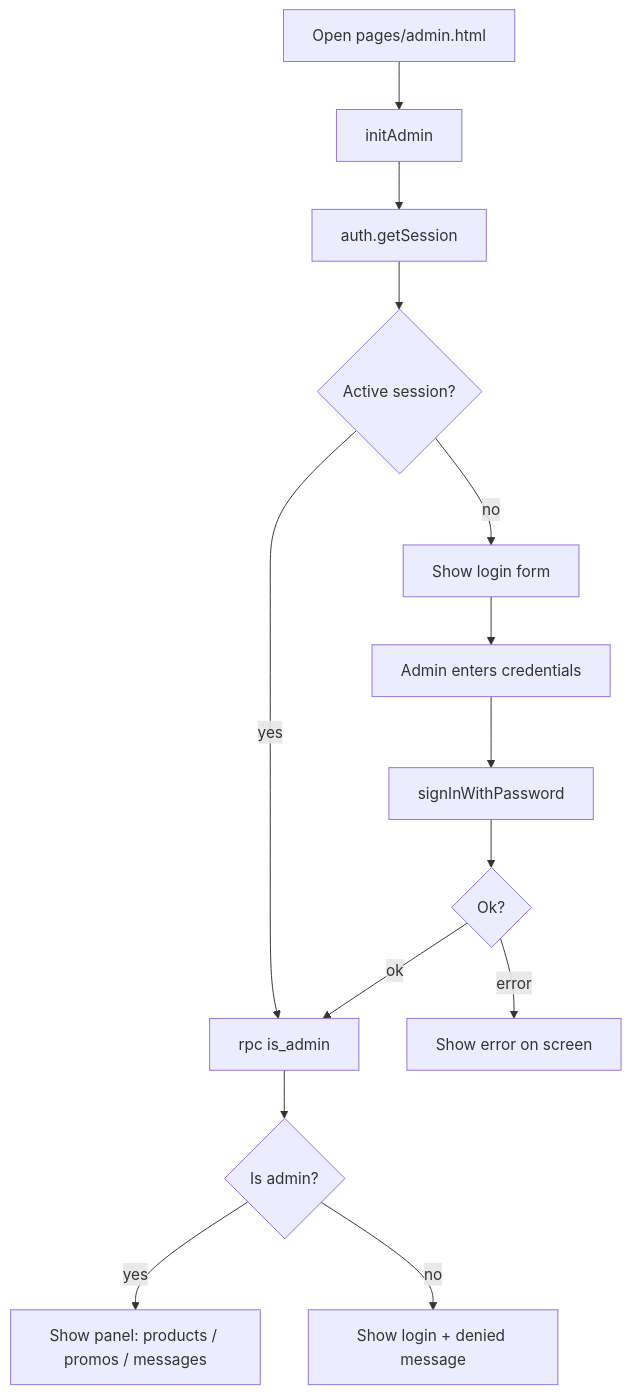
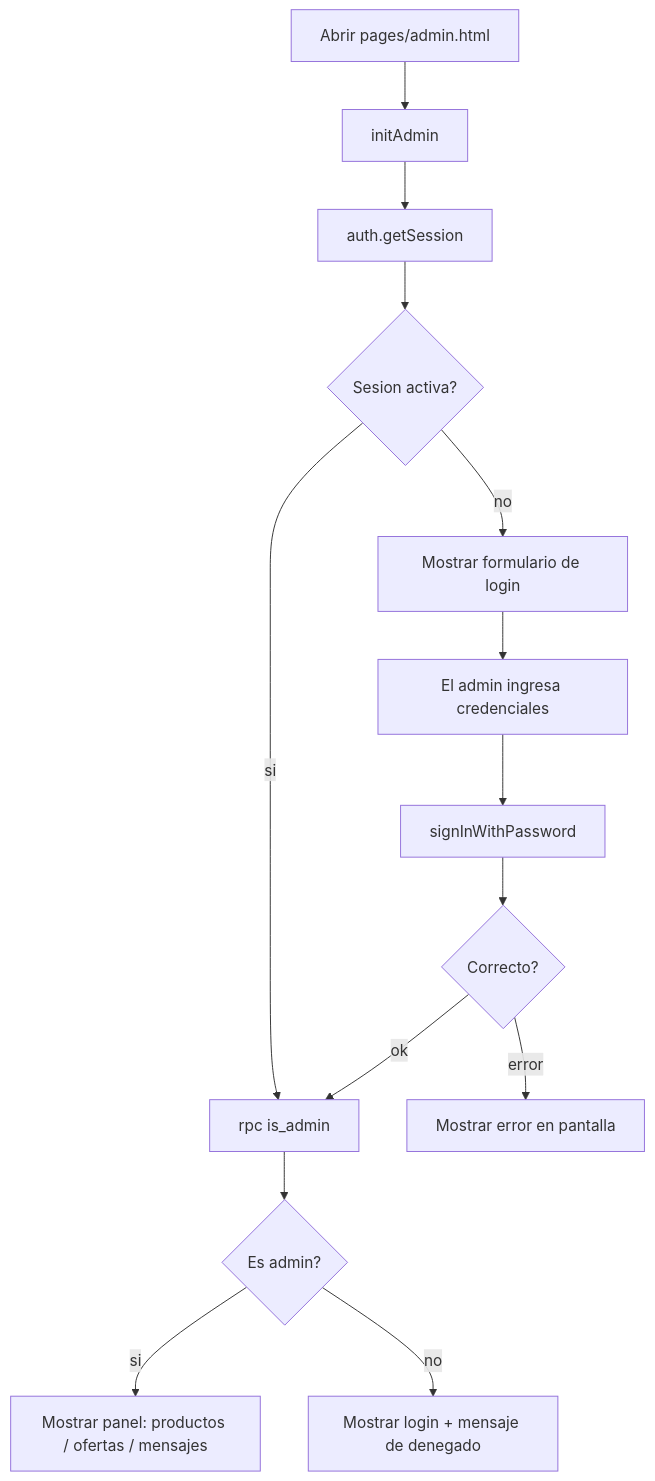
The second of 7 diagrams in docs/diagrams.md (lacp130688-cpu/lasolutions-website), drawn with Mermaid before and after one commit. The commit also changed other lines of this file, not shown here.

First line of the commit message:
docs: diagramas de arquitectura en espanol

````diff
--- a/docs/diagrams.md
+++ b/docs/diagrams.md
@@ -72,16 +72,16 @@
 ```mermaid
 flowchart TD
-  A[Open pages/admin.html] --> B[initAdmin]
+  A[Abrir pages/admin.html] --> B[initAdmin]
   B --> C[auth.getSession]
-  C --> D{Active session?}
-  D -- no --> E[Show login form]
-  D -- yes --> F[rpc is_admin]
-  F --> G{Is admin?}
-  G -- yes --> H[Show panel: products / promos / messages]
-  G -- no --> I[Show login + denied message]
-  E --> J[Admin enters credentials]
+  C --> D{Sesion activa?}
+  D -- no --> E[Mostrar formulario de login]
+  D -- si --> F[rpc is_admin]
+  F --> G{Es admin?}
+  G -- si --> H[Mostrar panel: productos / ofertas / mensajes]
+  G -- no --> I[Mostrar login + mensaje de denegado]
+  E --> J[El admin ingresa credenciales]
   J --> K[signInWithPassword]
-  K --> L{Ok?}
-  L -- error --> M[Show error on screen]
+  K --> L{Correcto?}
+  L -- error --> M[Mostrar error en pantalla]
   L -- ok --> F
 ```
````
